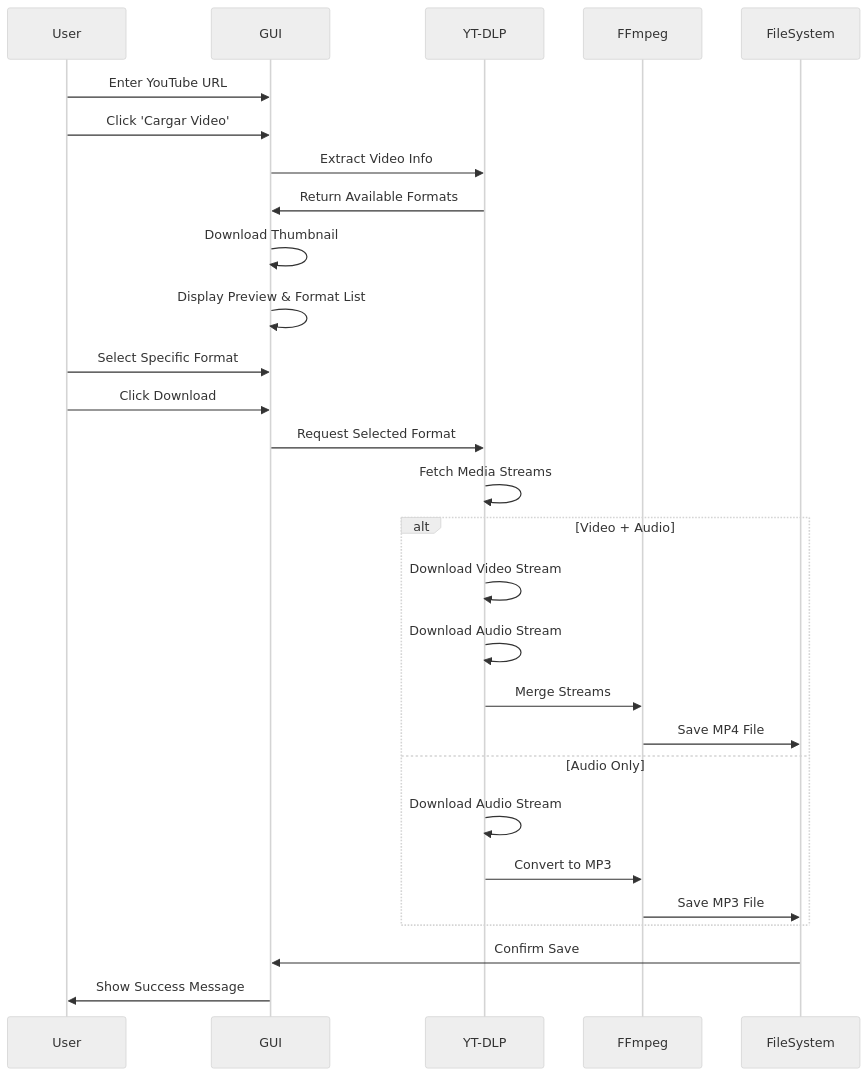
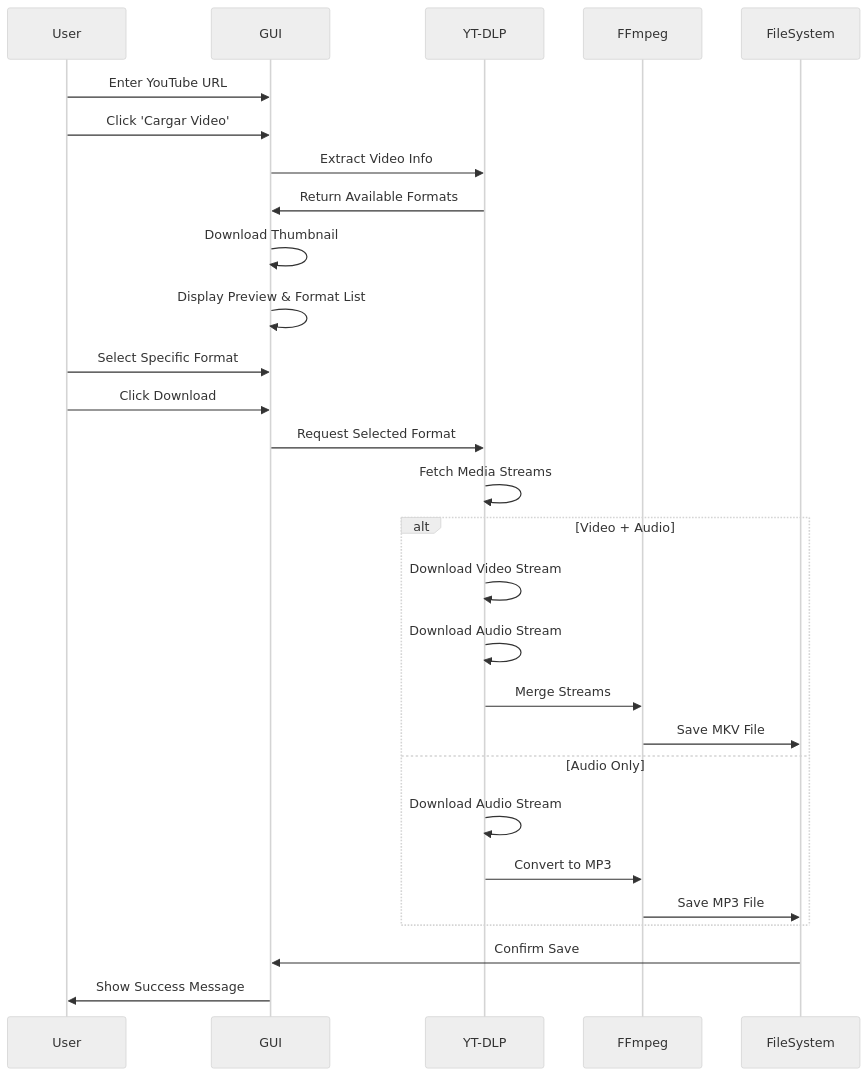
The second of 5 diagrams in README.md (ZabaHD4K/DescargadorYT), drawn with Mermaid (neutral theme) before and after one commit. The commit also changed other lines of this file and 2 other files, not shown here.

Commit message:
docs: 1.7.4 changelog, README overhaul (Releases links, real auto-update, ffmpeg note), CLAUDE.md corrections

````diff
--- a/README.md
+++ b/README.md
@@ -98,33 +99,33 @@
 ```mermaid
 sequenceDiagram
     participant User
     participant GUI
     participant YT-DLP
     participant FFmpeg
     participant FileSystem
 
     User->>GUI: Enter YouTube URL
     User->>GUI: Click 'Cargar Video'
     GUI->>YT-DLP: Extract Video Info
     YT-DLP->>GUI: Return Available Formats
     GUI->>GUI: Download Thumbnail
     GUI->>GUI: Display Preview & Format List
     User->>GUI: Select Specific Format
     User->>GUI: Click Download
     GUI->>YT-DLP: Request Selected Format
     YT-DLP->>YT-DLP: Fetch Media Streams
     
     alt Video + Audio
         YT-DLP->>YT-DLP: Download Video Stream
         YT-DLP->>YT-DLP: Download Audio Stream
         YT-DLP->>FFmpeg: Merge Streams
-        FFmpeg->>FileSystem: Save MP4 File
+        FFmpeg->>FileSystem: Save MKV File
     else Audio Only
         YT-DLP->>YT-DLP: Download Audio Stream
         YT-DLP->>FFmpeg: Convert to MP3
         FFmpeg->>FileSystem: Save MP3 File
     end
     
     FileSystem->>GUI: Confirm Save
     GUI->>User: Show Success Message
 ```
````
